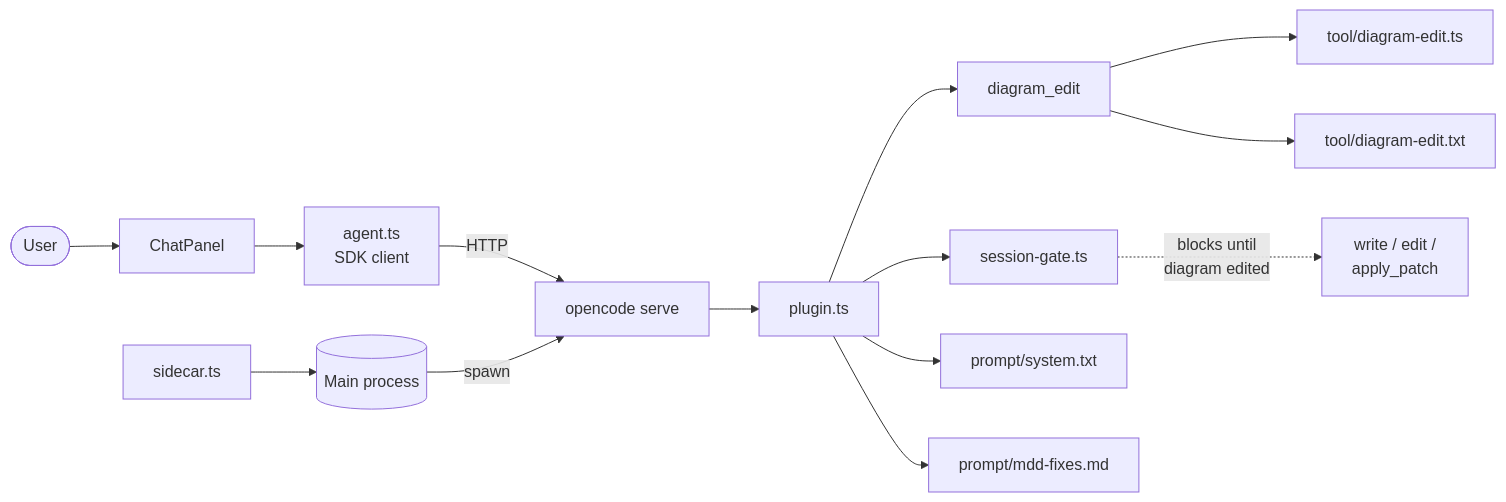
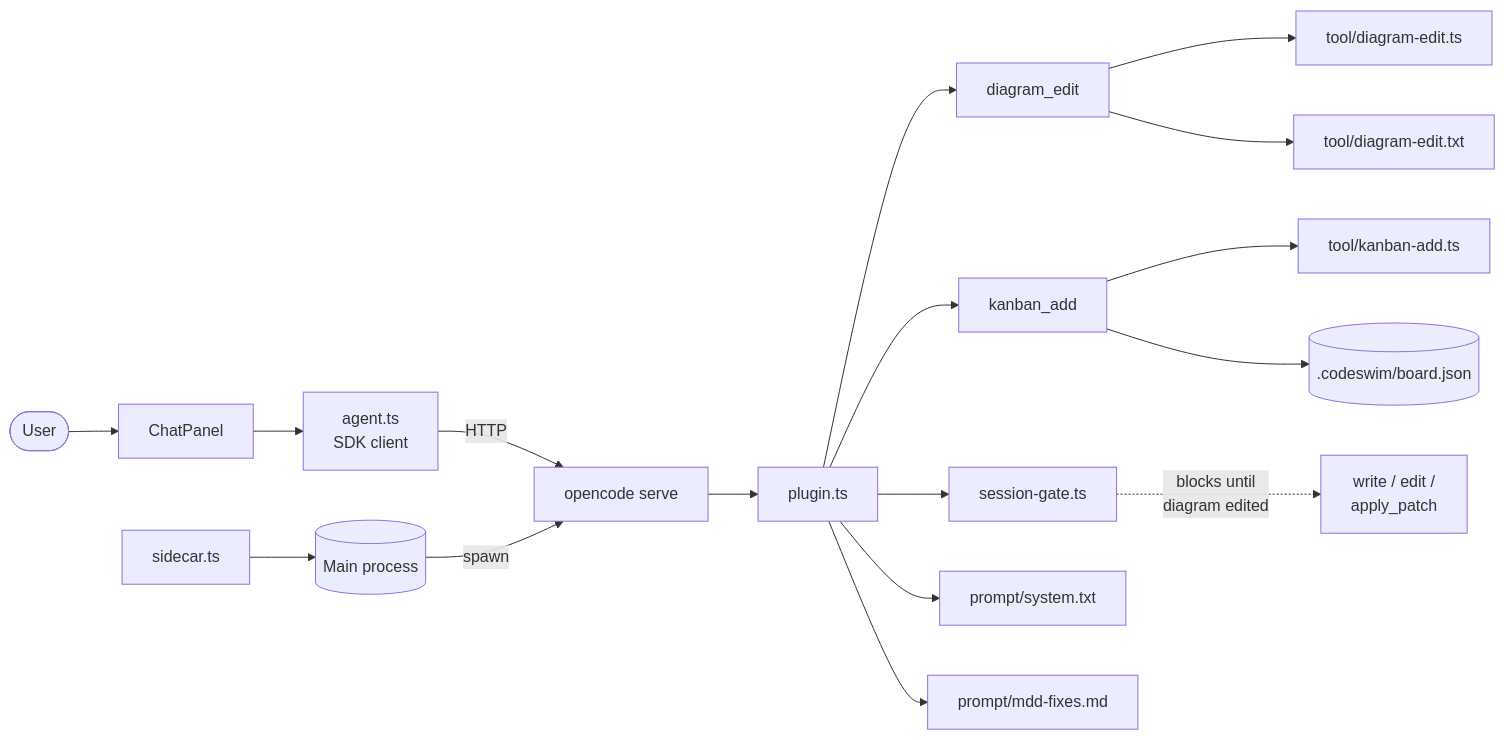
The diagram in architecture/agent-harness.md (keithagroves/codeswim), drawn with Mermaid before and after one commit. The commit also changed other lines of this file and 36 other files, not shown here.

First line of the commit message:
Add kanban board tool, AGENTS.md management, git file diff, and Tools UI rework

````diff
--- a/architecture/agent-harness.md
+++ b/architecture/agent-harness.md
@@ -16,24 +18,37 @@
 ```mermaid
 flowchart LR
     User([User]) --> Chat[ChatPanel]
     Chat --> Client[agent.ts<br/>SDK client]
     Client -->|HTTP| Server[opencode serve]
     Main[(Main process)] -->|spawn| Server
     Sidecar[sidecar.ts] --> Main
     Server --> Plugin[plugin.ts]
     Plugin --> Tool[diagram_edit]
+    Plugin --> Kanban[kanban_add]
     Plugin --> Gate[session-gate.ts]
     Gate -.->|blocks until<br/>diagram edited| Mutating[write / edit /<br/>apply_patch]
     Plugin --> System[prompt/system.txt]
     Plugin --> Fixes[prompt/mdd-fixes.md]
     Tool --> ToolImpl[tool/diagram-edit.ts]
     Tool --> ToolDesc[tool/diagram-edit.txt]
+    Kanban --> KanbanImpl[tool/kanban-add.ts]
+    Kanban --> KanbanBoard[(.codeswim/board.json)]
 
+    click User call navigate("../overview.md")
     click Chat call navigate("../src/renderer/src/components/ChatPanel.tsx")
     click Client call navigate("../src/renderer/src/agent.ts")
+    click Server call navigate("../src/harness/plugin.ts")
+    click Main call navigate("../architecture/main-process.md")
     click Sidecar call navigate("../src/main/sidecar.ts")
     click Plugin call navigate("../src/harness/plugin.ts")
+    click Tool call navigate("../src/harness/tool/diagram-edit.ts")
     click Gate call navigate("../src/harness/session-gate.ts")
+    click System call navigate("../src/harness/prompt/system.txt")
+    click Fixes call navigate("../src/harness/prompt/mdd-fixes.md")
     click ToolImpl call navigate("../src/harness/tool/diagram-edit.ts")
-    click Fixes call navigate("../src/harness/prompt/mdd-fixes.md")
+    click ToolDesc call navigate("../src/harness/tool/diagram-edit.txt")
+    click Kanban call navigate("../src/harness/tool/kanban-add.ts")
+    click KanbanImpl call navigate("../src/harness/tool/kanban-add.ts")
+    click KanbanBoard call navigate("../src/main/kanban.ts")
+    click Mutating call navigate("../overview.md")
 ```
````
